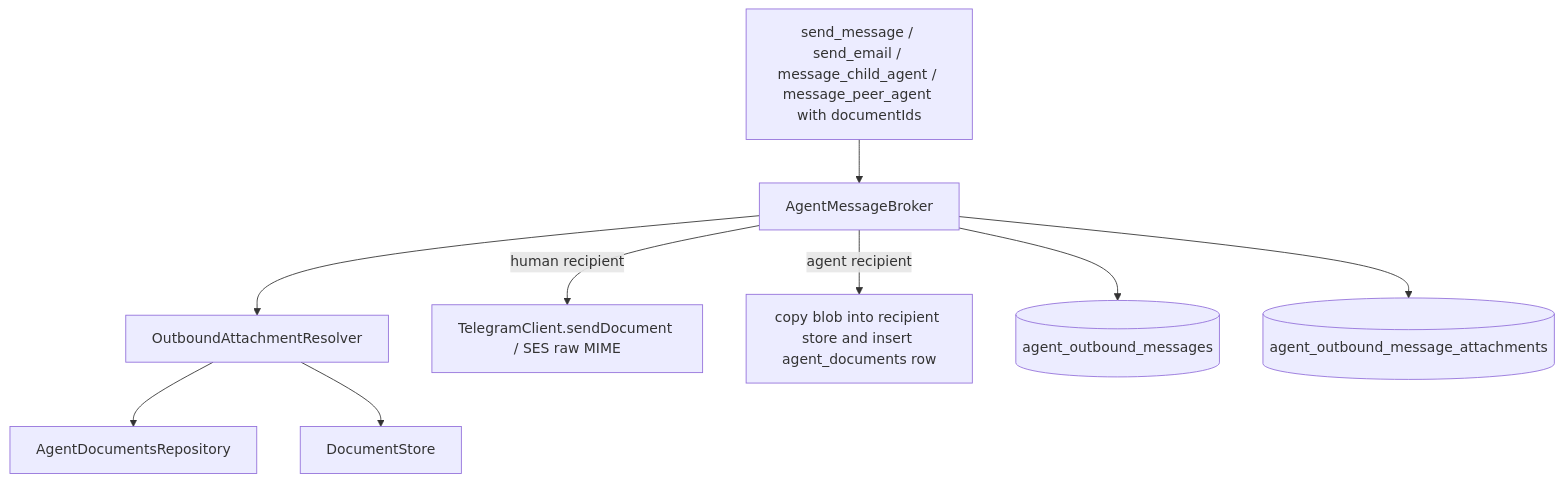
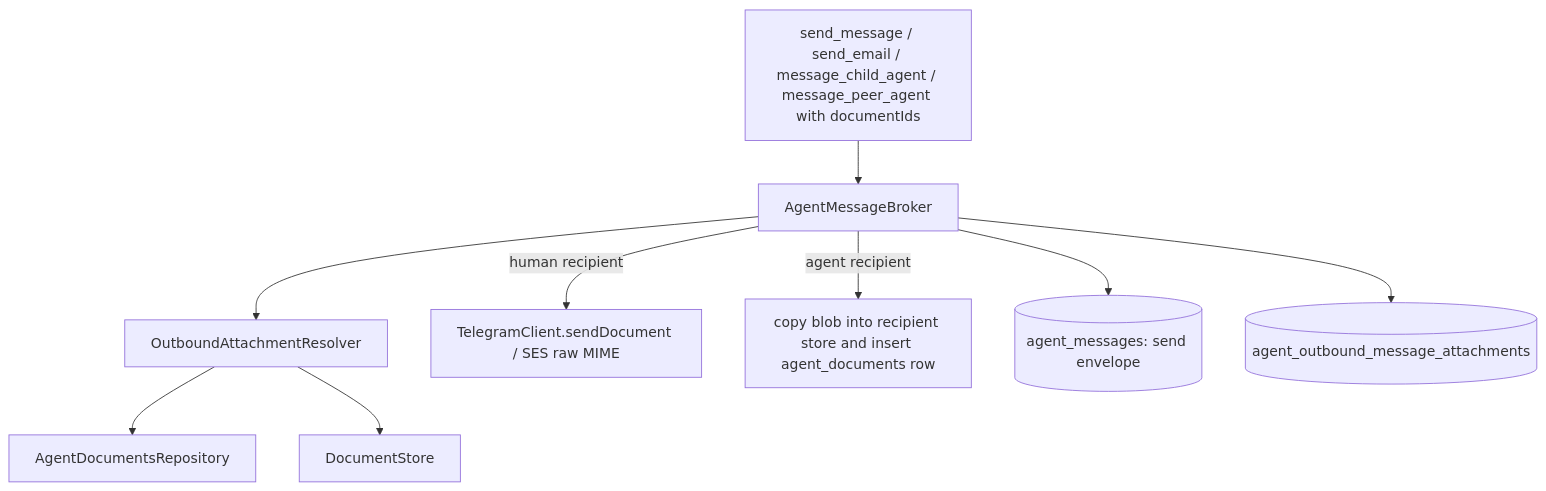
One commit to poshjosh/herobids changed the diagram in docs/features/2026/11/24/agent-outbound-message-attachments/001-plan.md. Above: the diagram before and after it, drawn with Mermaid. The commit also changed other lines of this file and 6 other files, not shown here.

````diff
--- a/docs/features/2026/11/24/agent-outbound-message-attachments/001-plan.md
+++ b/docs/features/2026/11/24/agent-outbound-message-attachments/001-plan.md
@@ -127,13 +127,13 @@
 ```mermaid
 flowchart TD
     A[send_message / send_email / message_child_agent / message_peer_agent with documentIds] --> B[AgentMessageBroker]
     B --> C[OutboundAttachmentResolver]
     C --> D[AgentDocumentsRepository]
     C --> E[DocumentStore]
 
     B -->|human recipient| F[TelegramClient.sendDocument / SES raw MIME]
     B -->|agent recipient| G[copy blob into recipient store and insert agent_documents row]
 
-    B --> H[(agent_outbound_messages)]
+    B --> H[(agent_messages: send envelope)]
     B --> I[(agent_outbound_message_attachments)]
 ```
````
